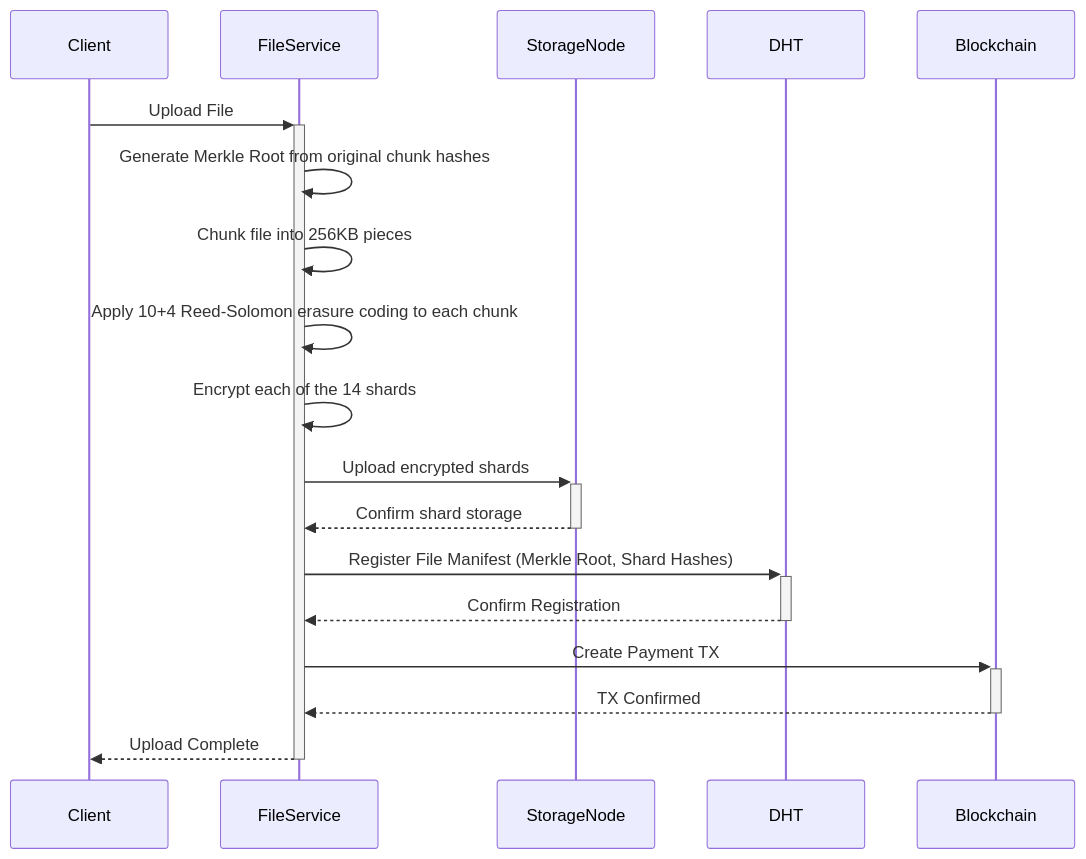
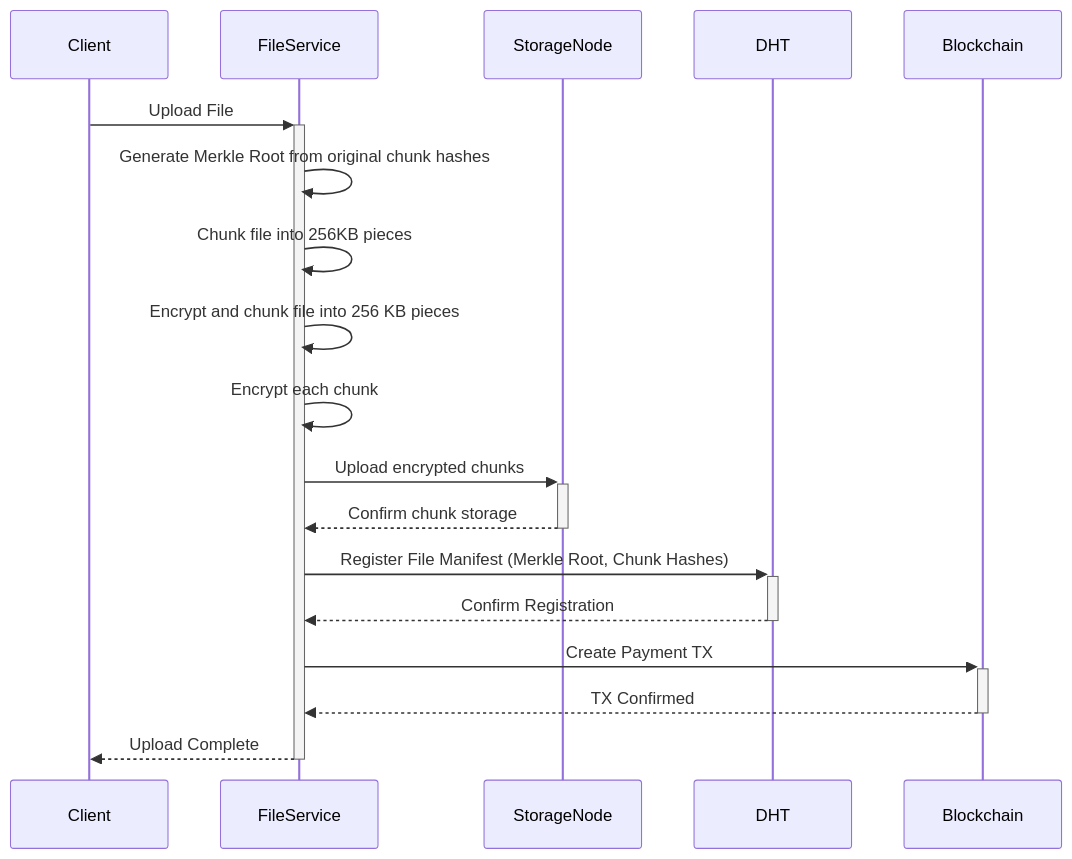
Before and after one commit to walrus-chanul-dandeniya/chiral-network: the first of 2 diagrams in docs/02-architecture.md, drawn with Mermaid. The commit also changed other lines of this file and 6 other files, not shown here.

Commit message:
remove erasure coding

````diff
--- a/docs/02-architecture.md
+++ b/docs/02-architecture.md
@@ -265,21 +265,21 @@
 ```mermaid
 sequenceDiagram
     participant Client
     participant FileService
     participant StorageNode
     participant DHT
     participant Blockchain
 
     Client->>+FileService: Upload File
     FileService->>FileService: Generate Merkle Root from original chunk hashes
     FileService->>FileService: Chunk file into 256KB pieces
-    FileService->>FileService: Apply 10+4 Reed-Solomon erasure coding to each chunk
-    FileService->>FileService: Encrypt each of the 14 shards
-    FileService->>+StorageNode: Upload encrypted shards
-    StorageNode-->>-FileService: Confirm shard storage
-    FileService->>+DHT: Register File Manifest (Merkle Root, Shard Hashes)
+    FileService->>FileService: Encrypt and chunk file into 256 KB pieces
+    FileService->>FileService: Encrypt each chunk
+    FileService->>+StorageNode: Upload encrypted chunks
+    StorageNode-->>-FileService: Confirm chunk storage
+    FileService->>+DHT: Register File Manifest (Merkle Root, Chunk Hashes)
     DHT-->>-FileService: Confirm Registration
     FileService->>+Blockchain: Create Payment TX
     Blockchain-->>-FileService: TX Confirmed
     FileService-->>-Client: Upload Complete
 ```
````
